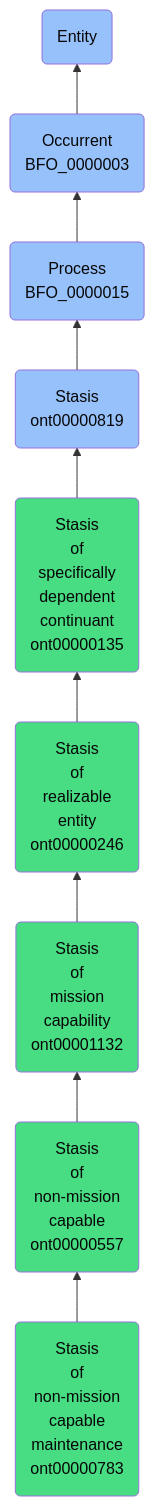
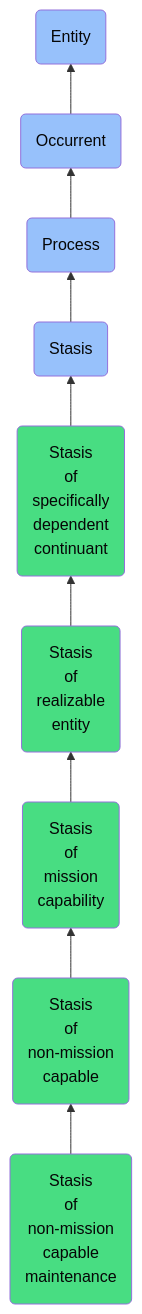
Before and after one commit to jupyter-naas/abi: the diagram in docs/ontology/reference/model/Entity/Occurrent/Process/Stasis/Stasis of specifically dependent continuant/Stasis of realizable entity/Stasis of mission capability/Stasis of non-mission capable/Stasis of non-mission capable maintenance/Stasis of non-mission capable maintenance.md, drawn with Mermaid. The commit also changed other lines of this file and 1430 other files, not shown here.

````diff
--- a/docs/ontology/reference/model/Entity/Occurrent/Process/Stasis/Stasis of specifically dependent continuant/Stasis of realizable entity/Stasis of mission capability/Stasis of non-mission capable/Stasis of non-mission capable maintenance/Stasis of non-mission capable maintenance.md
+++ b/docs/ontology/reference/model/Entity/Occurrent/Process/Stasis/Stasis of specifically dependent continuant/Stasis of realizable entity/Stasis of mission capability/Stasis of non-mission capable/Stasis of non-mission capable maintenance/Stasis of non-mission capable maintenance.md
@@ -24,16 +24,16 @@
 ```mermaid
 graph BT
-    ont00000783(Stasis<br>of<br>non-mission<br>capable<br>maintenance<br>ont00000783):::ABI-->ont00000557
-    ont00000557(Stasis<br>of<br>non-mission<br>capable<br>ont00000557):::ABI-->ont00001132
-    ont00001132(Stasis<br>of<br>mission<br>capability<br>ont00001132):::ABI-->ont00000246
-    ont00000246(Stasis<br>of<br>realizable<br>entity<br>ont00000246):::ABI-->ont00000135
-    ont00000135(Stasis<br>of<br>specifically<br>dependent<br>continuant<br>ont00000135):::ABI-->ont00000819
-    ont00000819(Stasis<br>ont00000819):::BFO-->BFO_0000015
-    BFO_0000015(Process<br>BFO_0000015):::BFO-->BFO_0000003
-    BFO_0000003(Occurrent<br>BFO_0000003):::BFO-->BFO_0000001
+    ont00000783(Stasis<br>of<br>non-mission<br>capable<br>maintenance):::ABI-->ont00000557
+    ont00000557(Stasis<br>of<br>non-mission<br>capable):::ABI-->ont00001132
+    ont00001132(Stasis<br>of<br>mission<br>capability):::ABI-->ont00000246
+    ont00000246(Stasis<br>of<br>realizable<br>entity):::ABI-->ont00000135
+    ont00000135(Stasis<br>of<br>specifically<br>dependent<br>continuant):::ABI-->ont00000819
+    ont00000819(Stasis):::BFO-->BFO_0000015
+    BFO_0000015(Process):::BFO-->BFO_0000003
+    BFO_0000003(Occurrent):::BFO-->BFO_0000001
     BFO_0000001(Entity):::BFO
     
     classDef BFO fill:#97c1fb,color:#060606
     classDef CCO fill:#e4c51e,color:#060606
     classDef ABI fill:#48DD82,color:#060606
 ```
````
